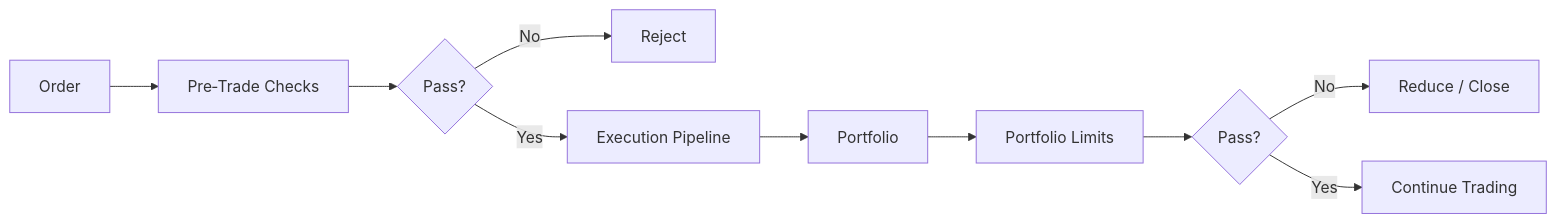
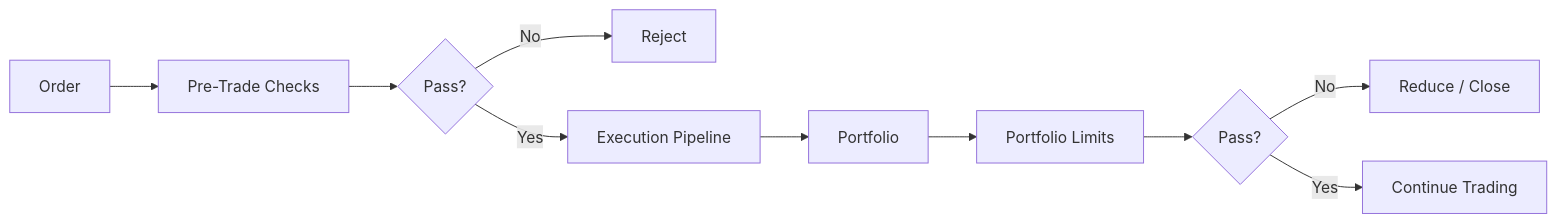
The diagram in docs/explanation/risk-controls.md (gregorian-09/regime-flow), drawn with Mermaid before and after one commit. The commit also changed other lines of this file and 2 other files, not shown here.

Commit message:
docs: fix mermaid unicode in flow labels

````diff
--- a/docs/explanation/risk-controls.md
+++ b/docs/explanation/risk-controls.md
@@ -7,12 +7,12 @@
 ```mermaid
 flowchart LR
-  A[Order] --> B[Pre‑Trade Checks]
+  A[Order] --> B[Pre-Trade Checks]
   B --> C{Pass?}
   C -- No --> D[Reject]
   C -- Yes --> E[Execution Pipeline]
   E --> F[Portfolio]
   F --> G[Portfolio Limits]
   G --> H{Pass?}
   H -- No --> I[Reduce / Close]
   H -- Yes --> J[Continue Trading]
 ```
````
